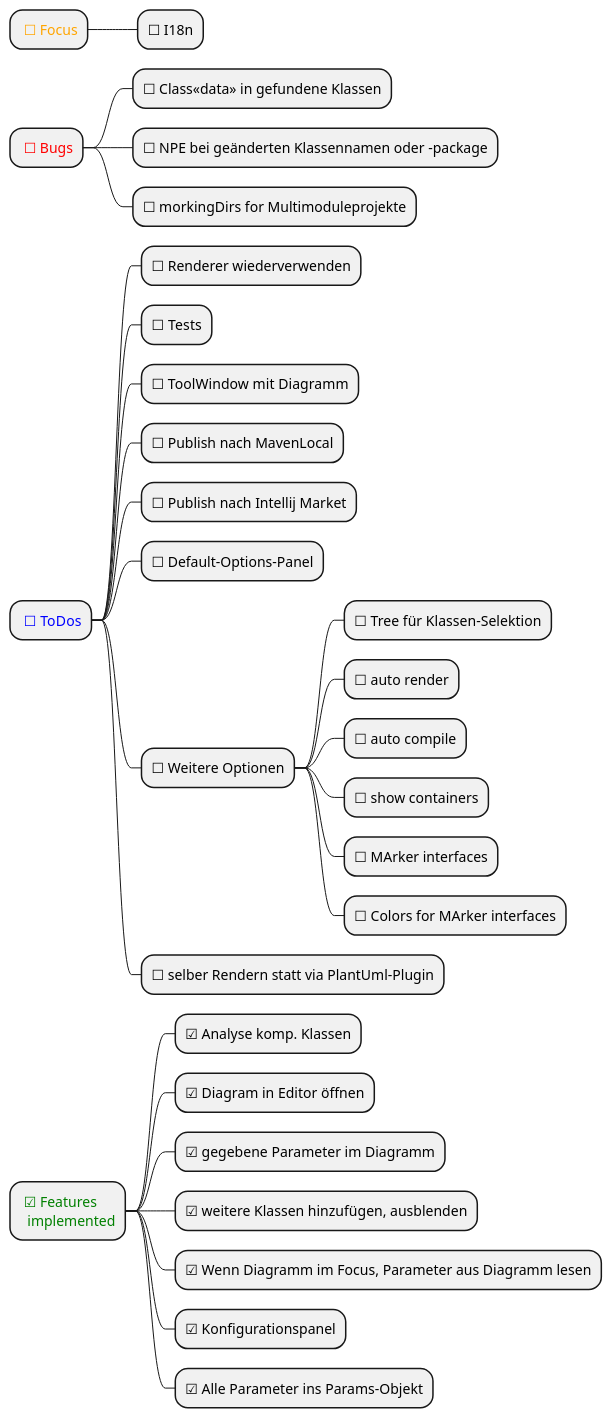
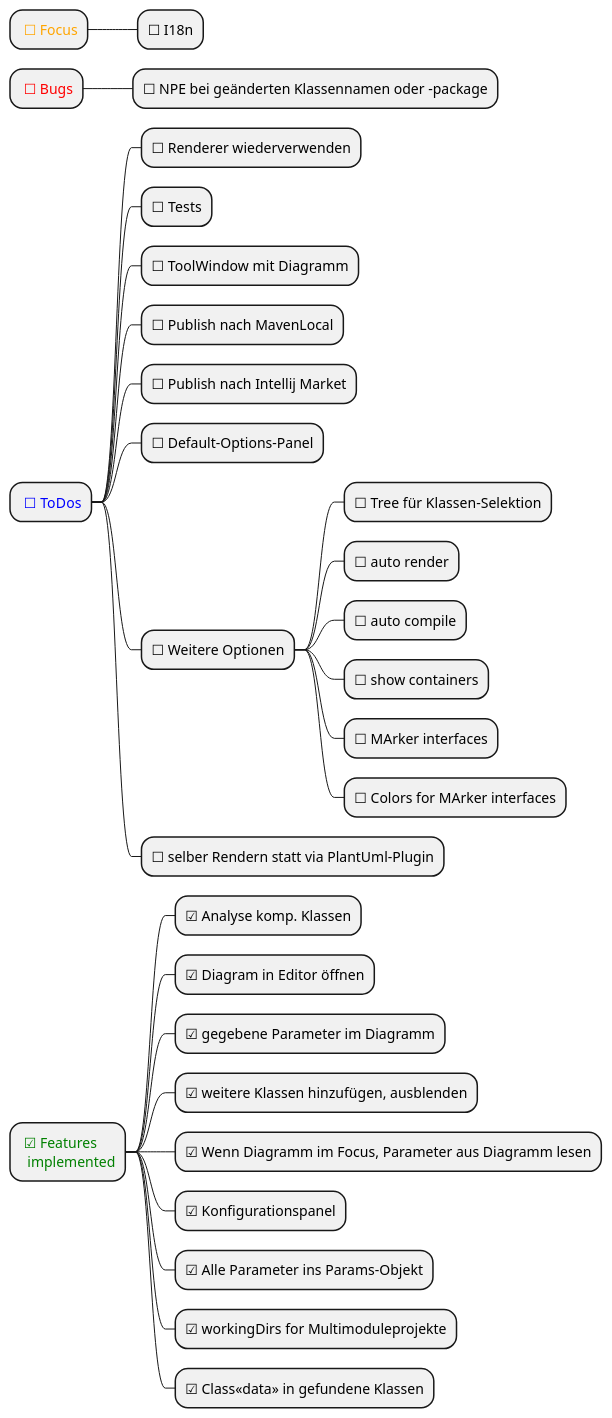
One commit to MrDolch/plantarch-intellij-plugin changed the diagram in docs/DevGuideRail.puml. Above: the diagram before and after it, drawn with PlantUML. The commit also changed 13 other files, not shown here.

```diff
--- a/docs/DevGuideRail.puml
+++ b/docs/DevGuideRail.puml
@@ -1,38 +1,38 @@
 @startmindmap
 skinparam monochrome false
 
 * <color:orange> ☐ Focus
 ** ☐ I18n
 
 * <color:red> ☐ Bugs
-** ☐ Class<<data>> in gefundene Klassen
 ** ☐ NPE bei geänderten Klassennamen oder -package
-** ☐ morkingDirs for Multimoduleprojekte
 
 * <color:blue> ☐ ToDos
 ** ☐ Renderer wiederverwenden
 ** ☐ Tests
 ** ☐ ToolWindow mit Diagramm
 ** ☐ Publish nach MavenLocal
 ** ☐ Publish nach Intellij Market
 ** ☐ Default-Options-Panel
 ** ☐ Weitere Optionen
 *** ☐ Tree für Klassen-Selektion
 *** ☐ auto render
 *** ☐ auto compile
 *** ☐ show containers
 *** ☐ MArker interfaces
 *** ☐ Colors for MArker interfaces
 ** ☐ selber Rendern statt via PlantUml-Plugin
 
 
 * <color:green> ☑ Features\n <color:green> implemented
 ** ☑ Analyse komp. Klassen
 ** ☑ Diagram in Editor öffnen
 ** ☑ gegebene Parameter im Diagramm
 ** ☑ weitere Klassen hinzufügen, ausblenden
 ** ☑ Wenn Diagramm im Focus, Parameter aus Diagramm lesen
 ** ☑ Konfigurationspanel
 ** ☑ Alle Parameter ins Params-Objekt
+** ☑ workingDirs for Multimoduleprojekte
+** ☑ Class<<data>> in gefundene Klassen
 
 @endmindmap
```
